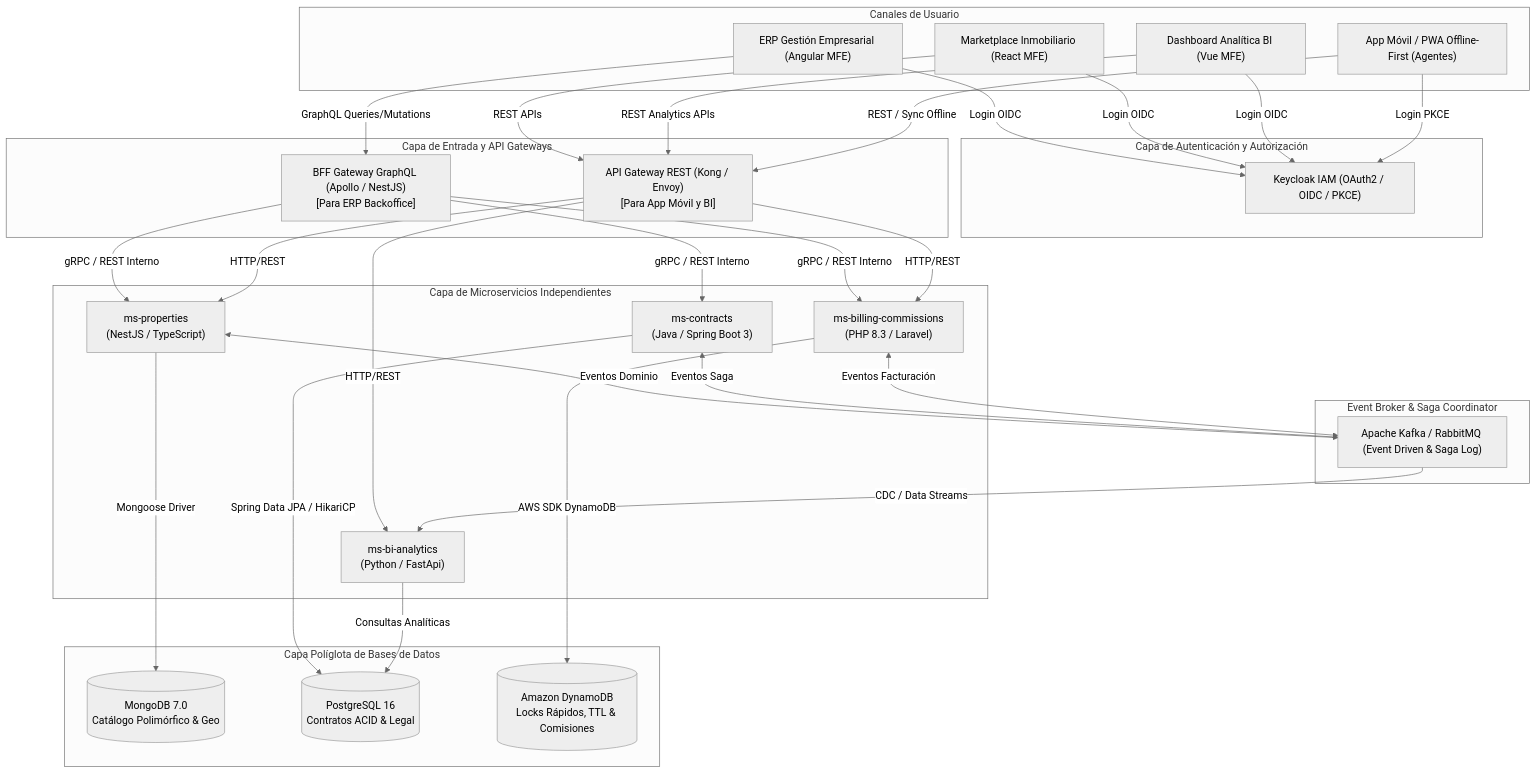
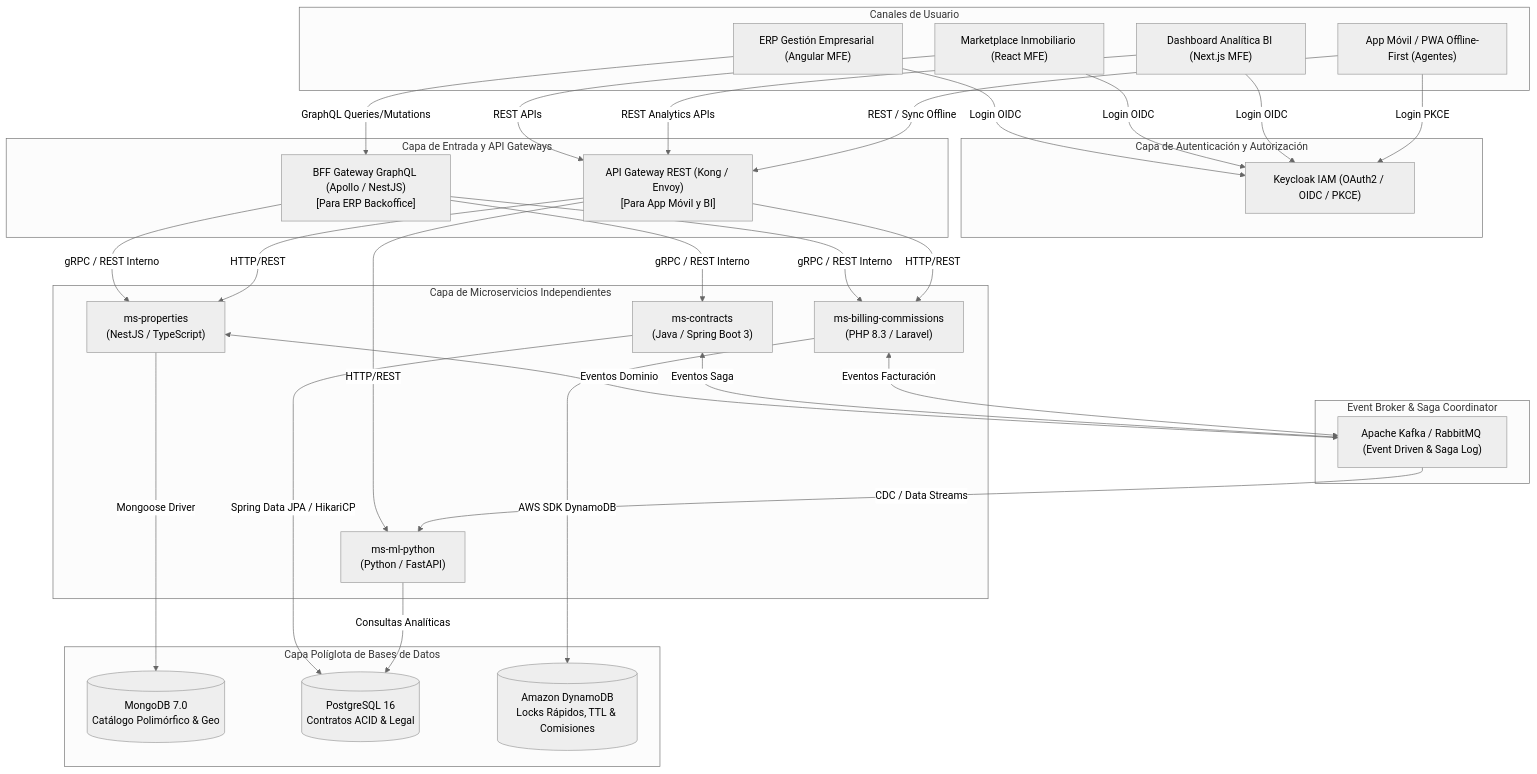
One commit to urquidijo/parcial2sw2 changed the second of 2 diagrams in ARCHITECTURE.md. Above: the diagram before and after it, drawn with Mermaid (neutral theme). The commit also changed other lines of this file and 98 other files, not shown here.

Commit message:
feat: initialize HabitatPro microservices and frontend micro-frontends architecture

````diff
--- a/ARCHITECTURE.md
+++ b/ARCHITECTURE.md
@@ -186,68 +191,68 @@
 ```mermaid
 graph TB
     subgraph Canales_Usuarios["Canales de Usuario"]
         AppWebERP["ERP Gestión Empresarial (Angular MFE)"]
         Marketplace["Marketplace Inmobiliario (React MFE)"]
-        DashboardBI["Dashboard Analítica BI (Vue MFE)"]
+        DashboardBI["Dashboard Analítica BI (Next.js MFE)"]
         AppMobile["App Móvil / PWA Offline-First (Agentes)"]
     end
 
     subgraph Seguridad_SSO["Capa de Autenticación y Autorización"]
         Keycloak["Keycloak IAM (OAuth2 / OIDC / PKCE)"]
     end
 
     subgraph Capa_Gateways["Capa de Entrada y API Gateways"]
         BFF_GraphQL["BFF Gateway GraphQL (Apollo / NestJS)<br/>[Para ERP Backoffice]"]
         Kong_Gateway["API Gateway REST (Kong / Envoy)<br/>[Para App Móvil y BI]"]
     end
 
     subgraph Mensajeria_Eventos["Event Broker & Saga Coordinator"]
         Kafka["Apache Kafka / RabbitMQ (Event Driven & Saga Log)"]
     end
 
     subgraph Microservicios_Core["Capa de Microservicios Independientes"]
         MS_Properties["ms-properties<br/>(NestJS / TypeScript)"]
         MS_Contracts["ms-contracts<br/>(Java / Spring Boot 3)"]
         MS_Billing["ms-billing-commissions<br/>(PHP 8.3 / Laravel)"]
-        MS_BI_Worker["ms-bi-analytics<br/>(Python / FastApi)"]
+        MS_BI_Worker["ms-ml-python<br/>(Python / FastAPI)"]
     end
 
     subgraph Capa_Datos["Capa Políglota de Bases de Datos"]
         DB_Mongo[(MongoDB 7.0<br/>Catálogo Polimórfico & Geo)]
         DB_Postgres[(PostgreSQL 16<br/>Contratos ACID & Legal)]
         DB_Dynamo[(Amazon DynamoDB<br/>Locks Rápidos, TTL & Comisiones)]
     end
 
     %% Conexiones SSO
     AppWebERP -->|Login OIDC| Keycloak
     Marketplace -->|Login OIDC| Keycloak
     DashboardBI -->|Login OIDC| Keycloak
     AppMobile -->|Login PKCE| Keycloak
 
     %% Conexiones a Gateways
     AppWebERP -->|GraphQL Queries/Mutations| BFF_GraphQL
     Marketplace -->|REST APIs| Kong_Gateway
     DashboardBI -->|REST Analytics APIs| Kong_Gateway
     AppMobile -->|REST / Sync Offline| Kong_Gateway
 
     %% Gateway a Microservicios
     BFF_GraphQL -->|gRPC / REST Interno| MS_Properties
     BFF_GraphQL -->|gRPC / REST Interno| MS_Contracts
     BFF_GraphQL -->|gRPC / REST Interno| MS_Billing
 
     Kong_Gateway -->|HTTP/REST| MS_Properties
     Kong_Gateway -->|HTTP/REST| MS_Billing
     Kong_Gateway -->|HTTP/REST| MS_BI_Worker
 
     %% Eventos y Saga
     MS_Properties <-->|Eventos Dominio| Kafka
     MS_Contracts <-->|Eventos Saga| Kafka
     MS_Billing <-->|Eventos Facturación| Kafka
     Kafka -->|CDC / Data Streams| MS_BI_Worker
 
     %% Microservicios a BD
     MS_Properties -->|Mongoose Driver| DB_Mongo
     MS_Contracts -->|Spring Data JPA / HikariCP| DB_Postgres
     MS_Billing -->|AWS SDK DynamoDB| DB_Dynamo
     MS_BI_Worker -->|Consultas Analíticas| DB_Postgres
 ```
````
